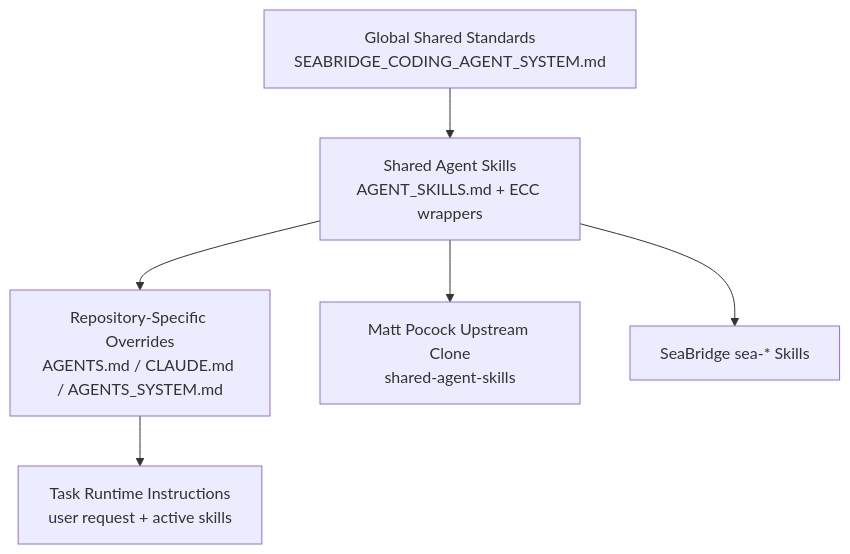
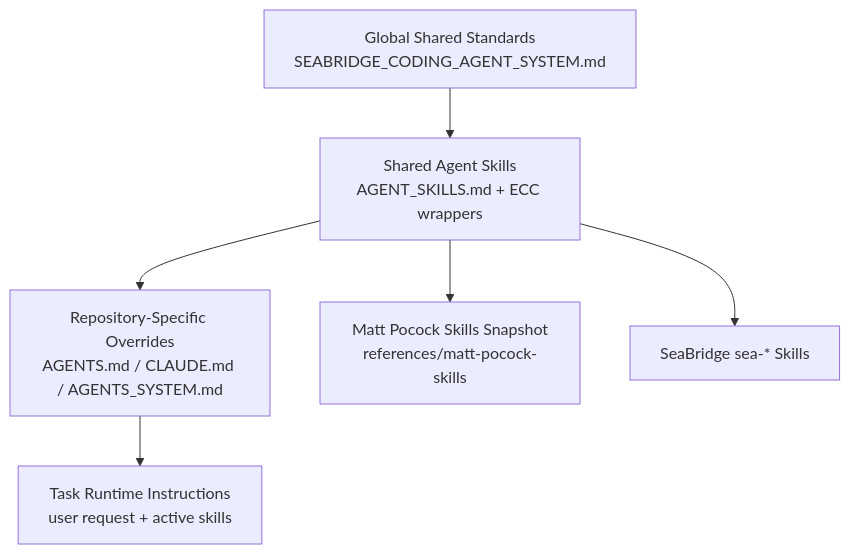
One commit to seabridge-sustainability/everything-claude-code changed the diagram in docs/agent-skills/MATT_POCOCK_SKILLS_INTEGRATION.md. Above: the diagram before and after it, drawn with Mermaid. The commit also changed other lines of this file and 125 other files, not shown here.

````diff
--- a/docs/agent-skills/MATT_POCOCK_SKILLS_INTEGRATION.md
+++ b/docs/agent-skills/MATT_POCOCK_SKILLS_INTEGRATION.md
@@ -25,8 +25,8 @@
 ```mermaid
 flowchart TD
   A[Global Shared Standards<br/>SEABRIDGE_CODING_AGENT_SYSTEM.md] --> B[Shared Agent Skills<br/>AGENT_SKILLS.md + ECC wrappers]
   B --> C[Repository-Specific Overrides<br/>AGENTS.md / CLAUDE.md / AGENTS_SYSTEM.md]
   C --> D[Task Runtime Instructions<br/>user request + active skills]
-  B --> E[Matt Pocock Upstream Clone<br/>shared-agent-skills]
+  B --> E[Matt Pocock Skills Snapshot<br/>references/matt-pocock-skills]
   B --> F[SeaBridge sea-* Skills]
 ```
````
